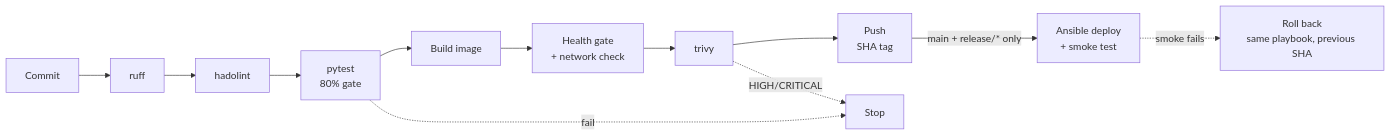
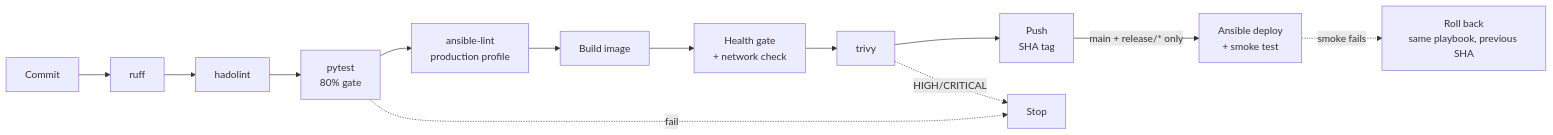
One commit to myloo23/MilanProjA-Szakdoga changed the second of 2 diagrams in README.md. Above: the diagram before and after it, drawn with Mermaid. The commit also changed other lines of this file and 5 other files, not shown here.

First line of the commit message:
ci: gate the playbooks with ansible-lint at the production profile

````diff
--- a/README.md
+++ b/README.md
@@ -51,14 +51,15 @@
 ```mermaid
 flowchart LR
     A[Commit] --> B[ruff]
     B --> H[hadolint]
     H --> C[pytest<br/>80% gate]
-    C --> D[Build image]
+    C --> AL[ansible-lint<br/>production profile]
+    AL --> D[Build image]
     D --> S[Health gate<br/>+ network check]
     S --> E[trivy]
     E --> F[Push<br/>SHA tag]
     F -->|main + release/* only| G[Ansible deploy<br/>+ smoke test]
     C -.fail.-> X[Stop]
     E -.HIGH/CRITICAL.-> X
     G -.smoke fails.-> R[Roll back<br/>same playbook, previous SHA]
 ```
````
